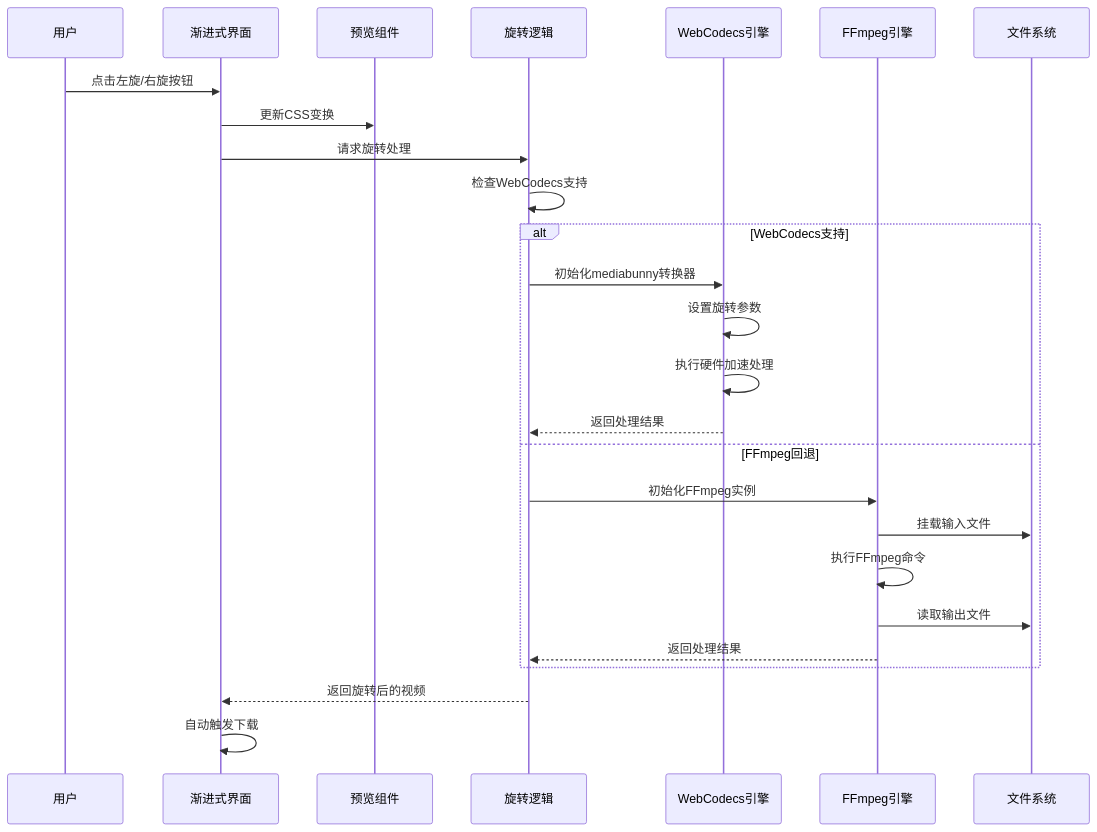
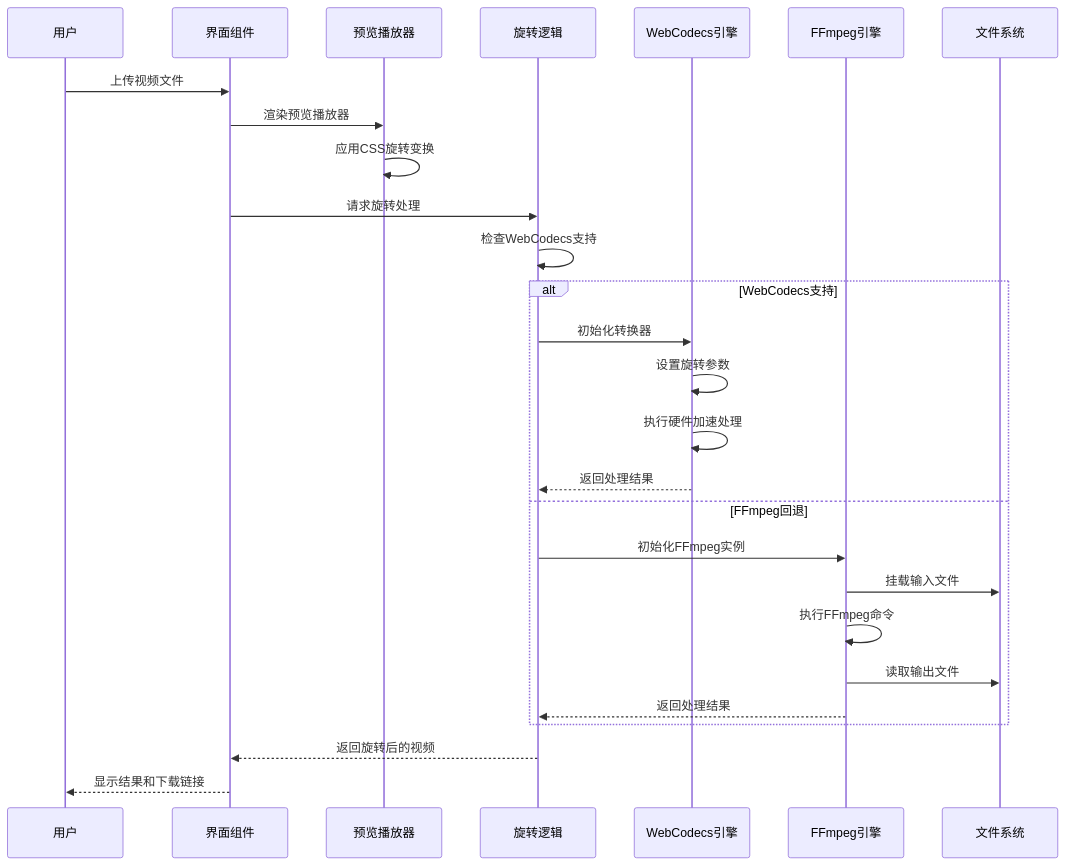
The second of 9 diagrams in .qoder/repowiki/zh/content/视频工具/视频旋转工具.md (sgyy/privadeck), drawn with Mermaid before and after one commit. The commit also changed other lines of this file and 23 other files, not shown here.

````diff
--- a/.qoder/repowiki/zh/content/视频工具/视频旋转工具.md
+++ b/.qoder/repowiki/zh/content/视频工具/视频旋转工具.md
@@ -122,28 +120,29 @@
 ```mermaid
 sequenceDiagram
 participant User as 用户
-participant UI as 渐进式界面
-participant Preview as 预览组件
+participant UI as 界面组件
+participant Preview as 预览播放器
 participant Logic as 旋转逻辑
 participant WebCodecs as WebCodecs引擎
 participant FFmpeg as FFmpeg引擎
 participant FS as 文件系统
-User->>UI : 点击左旋/右旋按钮
-UI->>Preview : 更新CSS变换
+User->>UI : 上传视频文件
+UI->>Preview : 渲染预览播放器
+Preview->>Preview : 应用CSS旋转变换
 UI->>Logic : 请求旋转处理
 Logic->>Logic : 检查WebCodecs支持
 alt WebCodecs支持
-Logic->>WebCodecs : 初始化mediabunny转换器
+Logic->>WebCodecs : 初始化转换器
 WebCodecs->>WebCodecs : 设置旋转参数
 WebCodecs->>WebCodecs : 执行硬件加速处理
 WebCodecs-->>Logic : 返回处理结果
 else FFmpeg回退
 Logic->>FFmpeg : 初始化FFmpeg实例
 FFmpeg->>FS : 挂载输入文件
 FFmpeg->>FFmpeg : 执行FFmpeg命令
 FFmpeg->>FS : 读取输出文件
 FFmpeg-->>Logic : 返回处理结果
 end
 Logic-->>UI : 返回旋转后的视频
-UI->>UI : 自动触发下载
+UI-->>User : 显示结果和下载链接
 ```
````
